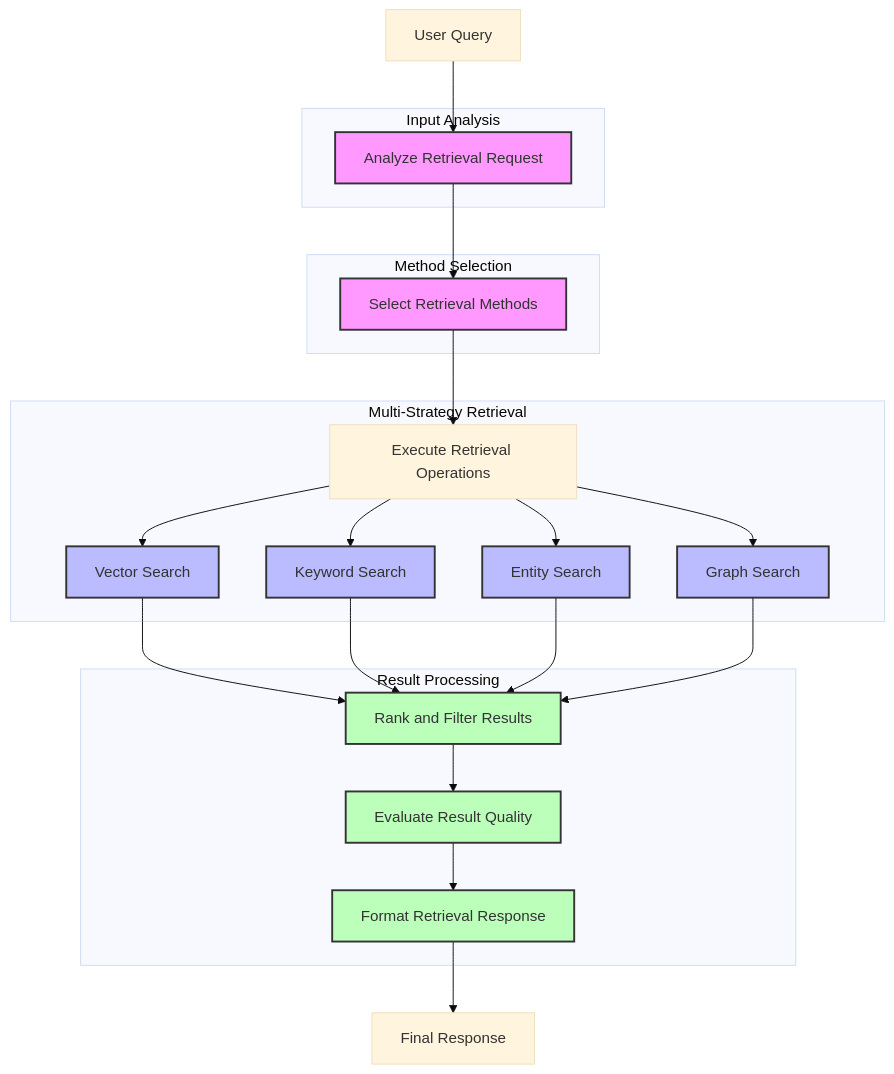
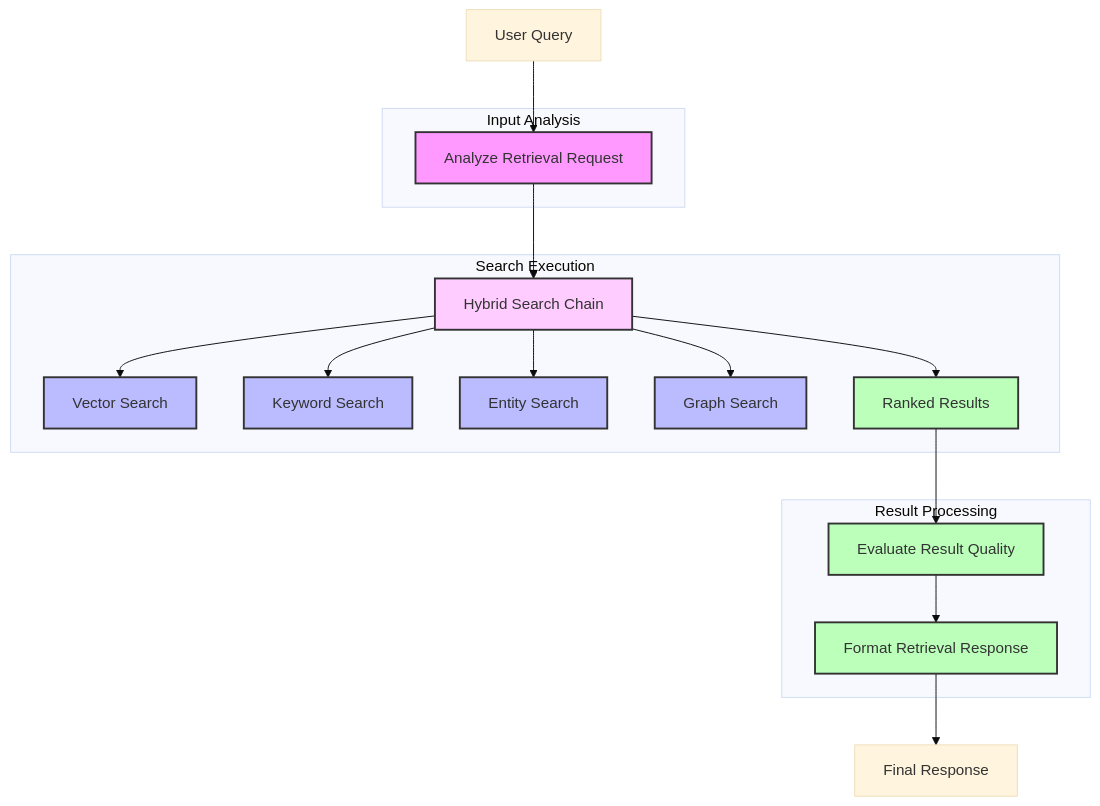
One commit to pragyan-xotiv/multi-agentic-rag changed the diagram in src/lib/agents/retrieval/README.md. Above: the diagram before and after it, drawn with Mermaid (base theme). The commit also changed other lines of this file and 4 other files, not shown here.

````diff
--- a/src/lib/agents/retrieval/README.md
+++ b/src/lib/agents/retrieval/README.md
@@ -9,46 +9,40 @@
 ```mermaid
 graph TD
     A[User Query] --> B[Analyze Retrieval Request]
-    B --> C[Select Retrieval Methods]
-    C --> D[Execute Retrieval Operations]
-    D --> D1[Vector Search]
-    D --> D2[Keyword Search]
-    D --> D3[Entity Search]
-    D --> D4[Graph Search]
-    D1 --> E[Rank and Filter Results]
-    D2 --> E
-    D3 --> E
-    D4 --> E
+    B --> C[Hybrid Search Chain]
+    C --> D1[Vector Search]
+    C --> D2[Keyword Search]
+    C --> D3[Entity Search]
+    C --> D4[Graph Search]
+    C --> E[Ranked Results]
     E --> F[Evaluate Result Quality]
     F --> G[Format Retrieval Response]
     G --> H[Final Response]
 
     subgraph "Input Analysis"
         B
     end
 
-    subgraph "Method Selection"
+    subgraph "Search Execution"
         C
-    end
-
-    subgraph "Multi-Strategy Retrieval"
-        D
         D1
         D2
         D3
         D4
+        E
     end
 
     subgraph "Result Processing"
-        E
         F
         G
     end
 
     classDef process fill:#f9f,stroke:#333,stroke-width:2px;
+    classDef chain fill:#fcf,stroke:#333,stroke-width:2px;
     classDef retrieval fill:#bbf,stroke:#333,stroke-width:2px;
     classDef evaluation fill:#bfb,stroke:#333,stroke-width:2px;
-    class B,C process;
+    class B process;
+    class C chain;
     class D1,D2,D3,D4 retrieval;
     class E,F,G evaluation;
 ```
````
